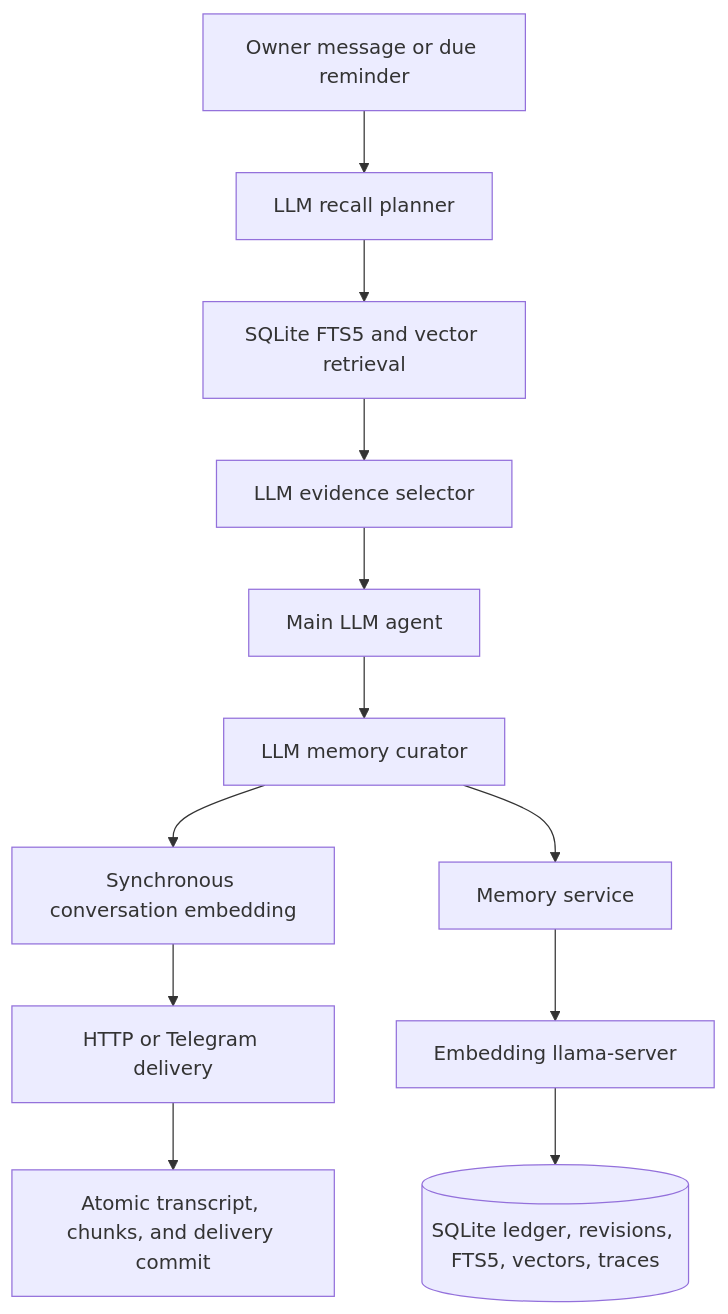
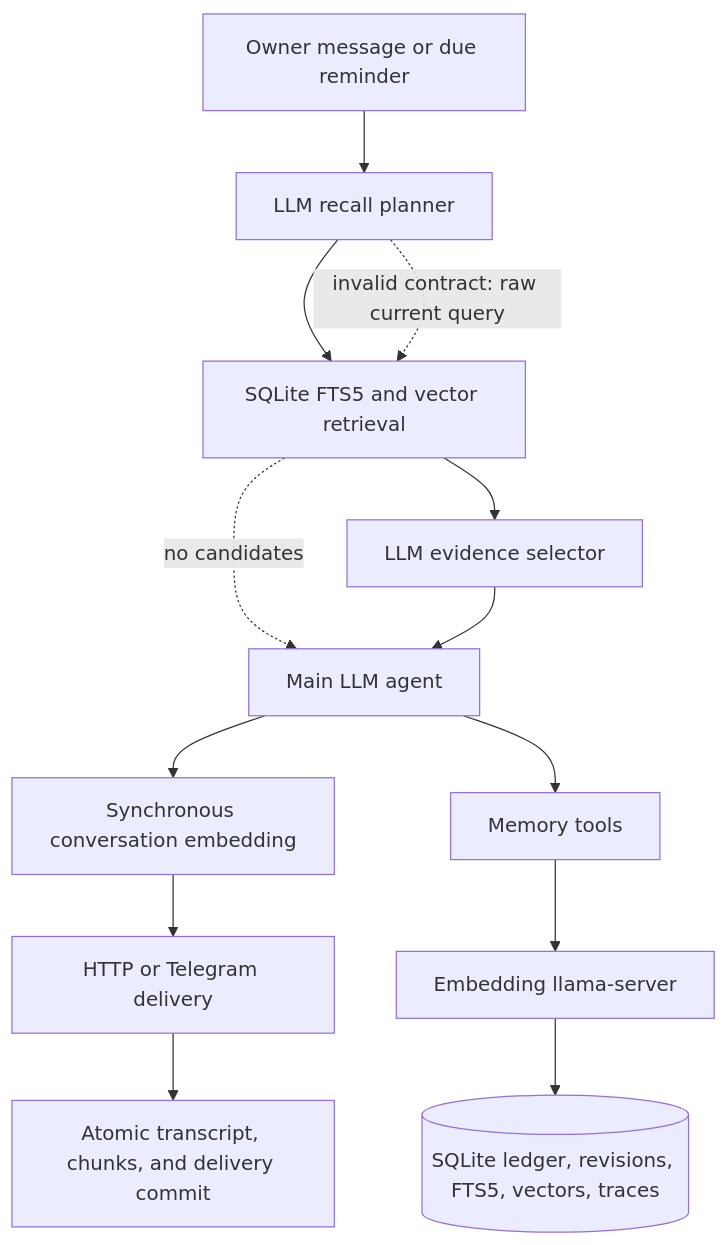
The diagram in docs/architecture.md (hbina/openclaw), drawn with Mermaid before and after one commit. The commit also changed other lines of this file and 11 other files, not shown here.

````diff
--- a/docs/architecture.md
+++ b/docs/architecture.md
@@ -8,14 +8,15 @@
 ```mermaid
 flowchart TD
     INPUT[Owner message or due reminder] --> PLAN[LLM recall planner]
     PLAN --> RETRIEVE[SQLite FTS5 and vector retrieval]
+    PLAN -. invalid contract: raw current query .-> RETRIEVE
     RETRIEVE --> RERANK[LLM evidence selector]
+    RETRIEVE -. no candidates .-> AGENT
     RERANK --> AGENT[Main LLM agent]
-    AGENT --> CURATE[LLM memory curator]
-    CURATE --> INDEX[Synchronous conversation embedding]
+    AGENT --> INDEX[Synchronous conversation embedding]
     INDEX --> DELIVER[HTTP or Telegram delivery]
     DELIVER --> COMMIT[Atomic transcript, chunks, and delivery commit]
-    CURATE --> MEMORY[Memory service]
+    AGENT --> MEMORY[Memory tools]
     MEMORY --> EMBED[Embedding llama-server]
     EMBED --> SQLITE[(SQLite ledger, revisions, FTS5, vectors, traces)]
 ```
````
